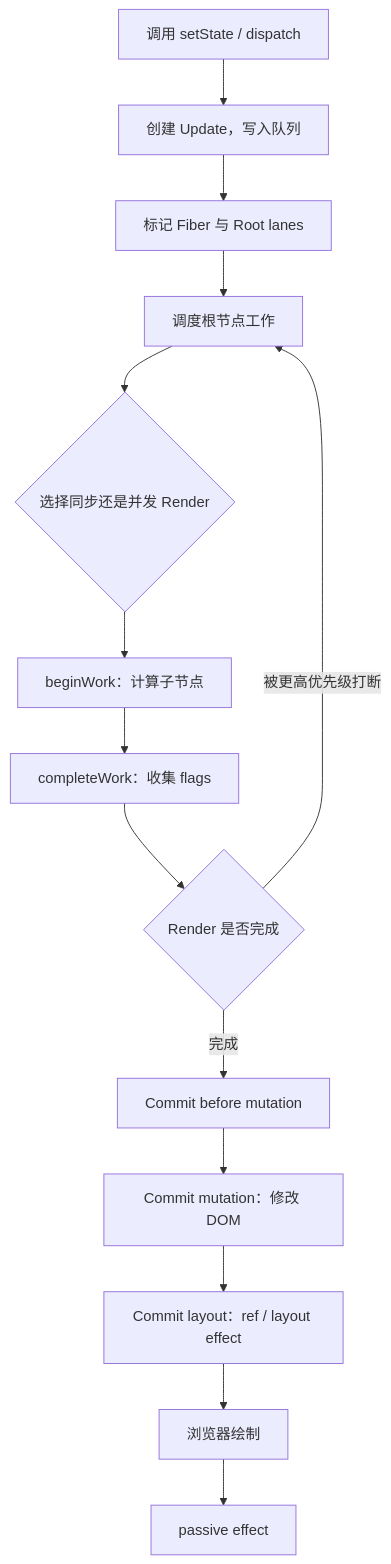
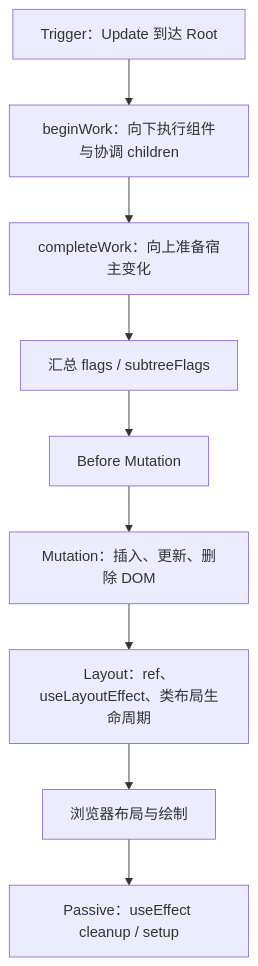
The fourth of 4 diagrams in docs/react-interview/react-state-and-rendering.md (2530622506/interView-writing-), drawn with Mermaid before and after one commit. The commit also changed other lines of this file and 8 other files, not shown here.

````diff
--- a/docs/react-interview/react-state-and-rendering.md
+++ b/docs/react-interview/react-state-and-rendering.md
@@ -248,16 +558,11 @@
 ```mermaid
 flowchart TD
-  A[调用 setState / dispatch] --> B[创建 Update，写入队列]
-  B --> C[标记 Fiber 与 Root lanes]
-  C --> D[调度根节点工作]
-  D --> E{选择同步还是并发 Render}
-  E --> F[beginWork：计算子节点]
-  F --> G[completeWork：收集 flags]
-  G --> H{Render 是否完成}
-  H -- 被更高优先级打断 --> D
-  H -- 完成 --> I[Commit before mutation]
-  I --> J[Commit mutation：修改 DOM]
-  J --> K[Commit layout：ref / layout effect]
-  K --> L[浏览器绘制]
-  L --> M[passive effect]
+  T[Trigger：Update 到达 Root] --> BW[beginWork：向下执行组件与协调 children]
+  BW --> CW[completeWork：向上准备宿主变化]
+  CW --> F[汇总 flags / subtreeFlags]
+  F --> BM[Before Mutation]
+  BM --> M[Mutation：插入、更新、删除 DOM]
+  M --> L[Layout：ref、useLayoutEffect、类布局生命周期]
+  L --> P[浏览器布局与绘制]
+  P --> PE[Passive：useEffect cleanup / setup]
 ```
````
